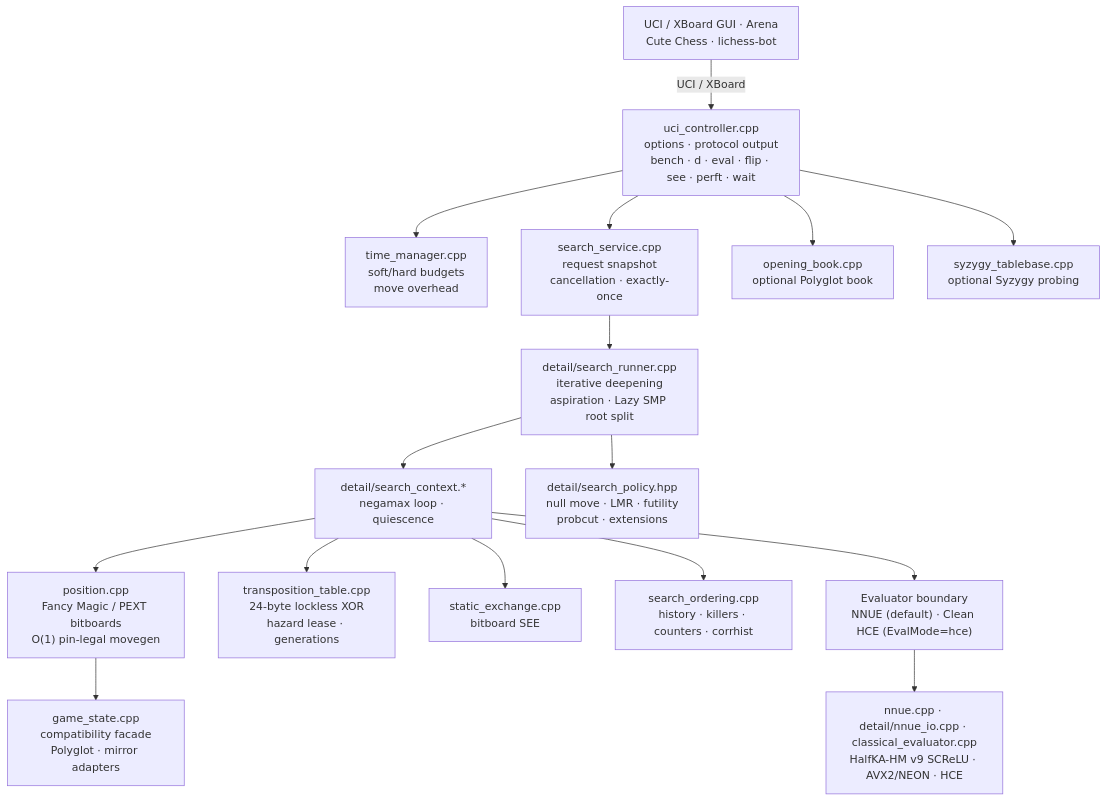
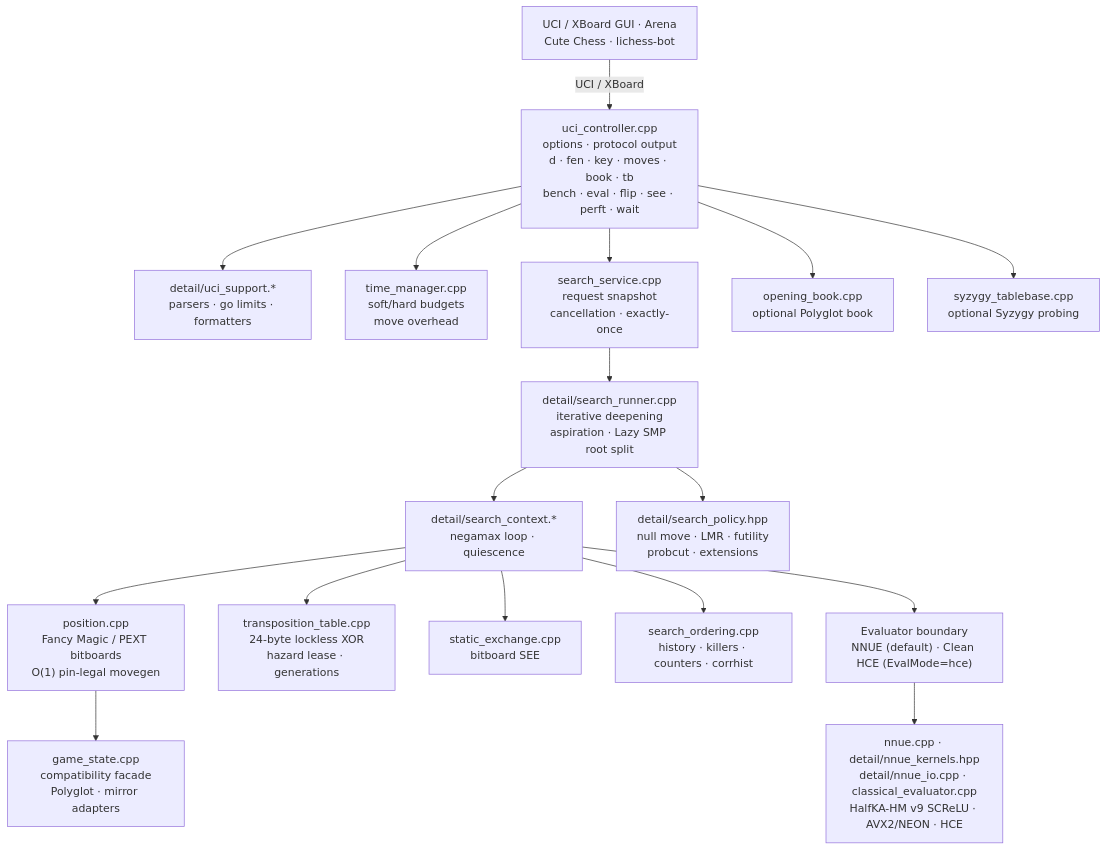
Before and after one commit to nhatquang1701/Koi: the diagram in docs/ARCHITECTURE.md, drawn with Mermaid. The commit also changed other lines of this file and 5 other files, not shown here.

Commit message:
docs: polish architecture diagram and document Polyglot key, book, and tb commands

````diff
--- a/docs/ARCHITECTURE.md
+++ b/docs/ARCHITECTURE.md
@@ -7,19 +7,20 @@
 ```mermaid
 flowchart TD
     GUI["UCI / XBoard GUI · Arena<br/>Cute Chess · lichess-bot"] -- "UCI / XBoard" --> UCI
-    UCI["uci_controller.cpp<br/>options · protocol output<br/>bench · d · eval · flip · see · perft · wait"]
+    UCI["uci_controller.cpp<br/>options · protocol output<br/>d · fen · key · moves · book · tb<br/>bench · eval · flip · see · perft · wait"]
+    UCI --> UCISUPPORT["detail/uci_support.*<br/>parsers · go limits · formatters"]
     UCI --> TIME["time_manager.cpp<br/>soft/hard budgets<br/>move overhead"]
     UCI --> SERVICE["search_service.cpp<br/>request snapshot<br/>cancellation · exactly-once"]
     SERVICE --> RUNNER["detail/search_runner.cpp<br/>iterative deepening<br/>aspiration · Lazy SMP root split"]
     RUNNER --> CONTEXT["detail/search_context.*<br/>negamax loop · quiescence"]
     RUNNER --> POLICY["detail/search_policy.hpp<br/>null move · LMR · futility<br/>probcut · extensions"]
     CONTEXT --> POSITION["position.cpp<br/>Fancy Magic / PEXT bitboards<br/>O(1) pin-legal movegen"]
     POSITION --> STATE["game_state.cpp<br/>compatibility facade<br/>Polyglot · mirror adapters"]
     CONTEXT --> TT["transposition_table.cpp<br/>24-byte lockless XOR<br/>hazard lease · generations"]
     CONTEXT --> SEE["static_exchange.cpp<br/>bitboard SEE"]
     CONTEXT --> ORDER["search_ordering.cpp<br/>history · killers · counters · corrhist"]
     CONTEXT --> EVAL["Evaluator boundary<br/>NNUE (default) · Clean HCE (EvalMode=hce)"]
-    EVAL --> NNUE["nnue.cpp · detail/nnue_io.cpp · classical_evaluator.cpp<br/>HalfKA-HM v9 SCReLU · AVX2/NEON · HCE"]
+    EVAL --> NNUE["nnue.cpp · detail/nnue_kernels.hpp<br/>detail/nnue_io.cpp · classical_evaluator.cpp<br/>HalfKA-HM v9 SCReLU · AVX2/NEON · HCE"]
     UCI --> BOOK["opening_book.cpp<br/>optional Polyglot book"]
     UCI --> TB["syzygy_tablebase.cpp<br/>optional Syzygy probing"]
 ```
````
